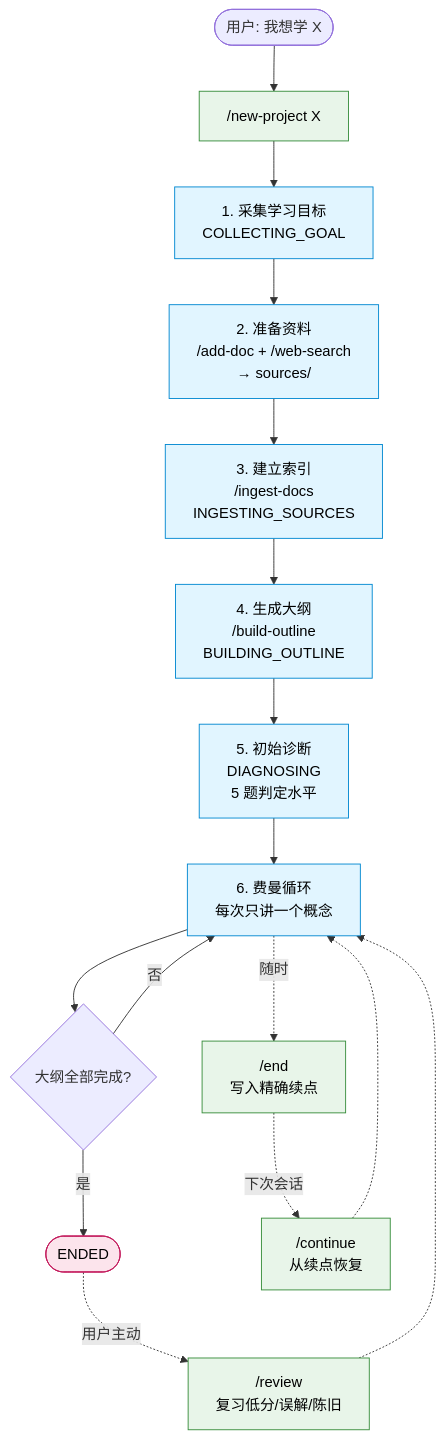
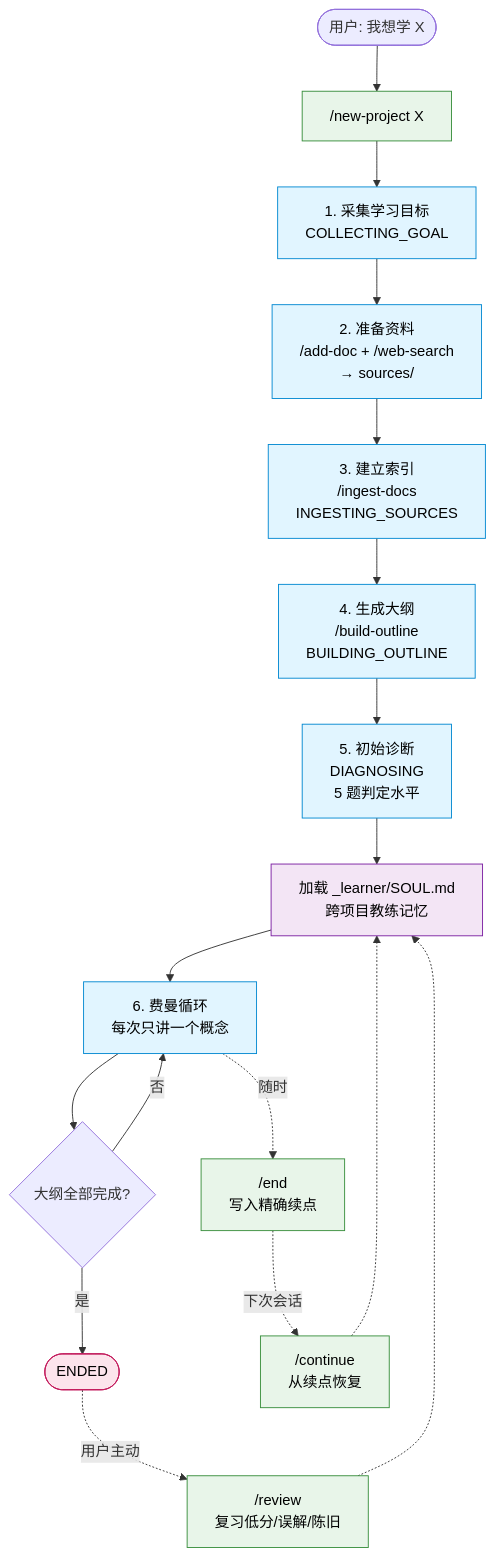
The first of 2 diagrams in README.zh-CN.md (elowen53/feynman-learning), drawn with Mermaid before and after one commit. The commit also changed other lines of this file and 1 other file, not shown here.

Commit message:
Show SOUL.md load step in lifecycle diagram
Insert a purple Mem node between diagnosis and the Feynman loop, route
/continue and /review back through it, and update the diagram caption
so the user can see that cross-project coach memory is loaded before
every Feynman loop entry.

````diff
--- a/README.zh-CN.md
+++ b/README.zh-CN.md
@@ -33,28 +33,31 @@
 ```mermaid
 flowchart TD
     Start(["用户: 我想学 X"]) --> NP["/new-project X"]
     NP --> G1["1. 采集学习目标<br/>COLLECTING_GOAL"]
     G1 --> G2["2. 准备资料<br/>/add-doc + /web-search<br/>→ sources/"]
     G2 --> G3["3. 建立索引<br/>/ingest-docs<br/>INGESTING_SOURCES"]
     G3 --> G4["4. 生成大纲<br/>/build-outline<br/>BUILDING_OUTLINE"]
     G4 --> G5["5. 初始诊断<br/>DIAGNOSING<br/>5 题判定水平"]
-    G5 --> G6["6. 费曼循环<br/>每次只讲一个概念"]
+    G5 --> Mem["加载 _learner/SOUL.md<br/>跨项目教练记忆"]
+    Mem --> G6["6. 费曼循环<br/>每次只讲一个概念"]
     G6 --> G7{"大纲全部完成?"}
     G7 -->|否| G6
     G7 -->|是| G8(["ENDED"])
 
     G6 -.->|随时| Save["/end<br/>写入精确续点"]
     Save -.->|下次会话| Resume["/continue<br/>从续点恢复"]
-    Resume -.-> G6
+    Resume -.-> Mem
 
     G8 -.->|用户主动| Rev["/review<br/>复习低分/误解/陈旧"]
-    Rev -.-> G6
+    Rev -.-> Mem
 
     classDef phase fill:#e1f5ff,stroke:#0288d1,color:#000
     classDef cmd fill:#e8f5e9,stroke:#388e3c,color:#000
     classDef done fill:#fce4ec,stroke:#c2185b,color:#000
+    classDef mem fill:#f3e5f5,stroke:#7b1fa2,color:#000
 
     class G1,G2,G3,G4,G5,G6 phase
     class NP,Save,Resume,Rev cmd
     class G8 done
+    class Mem mem
 ```
````
